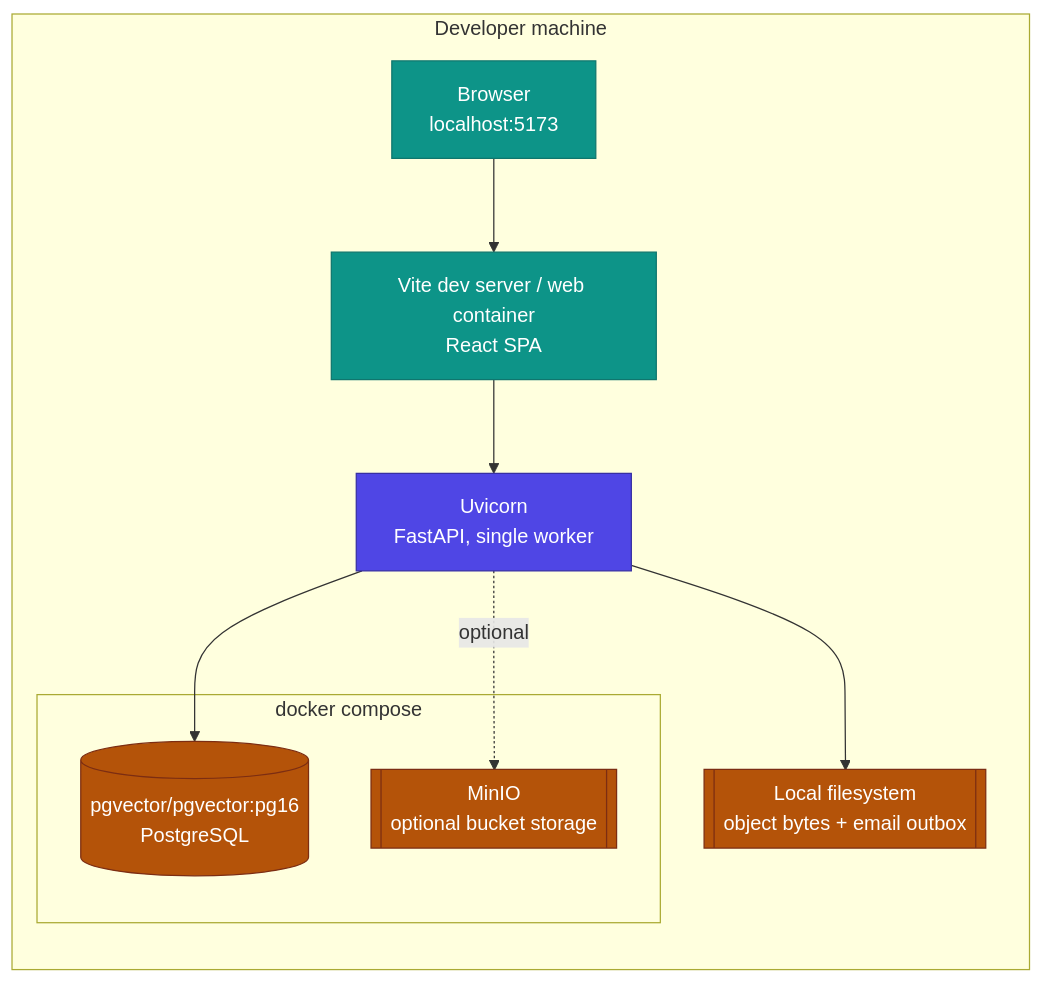
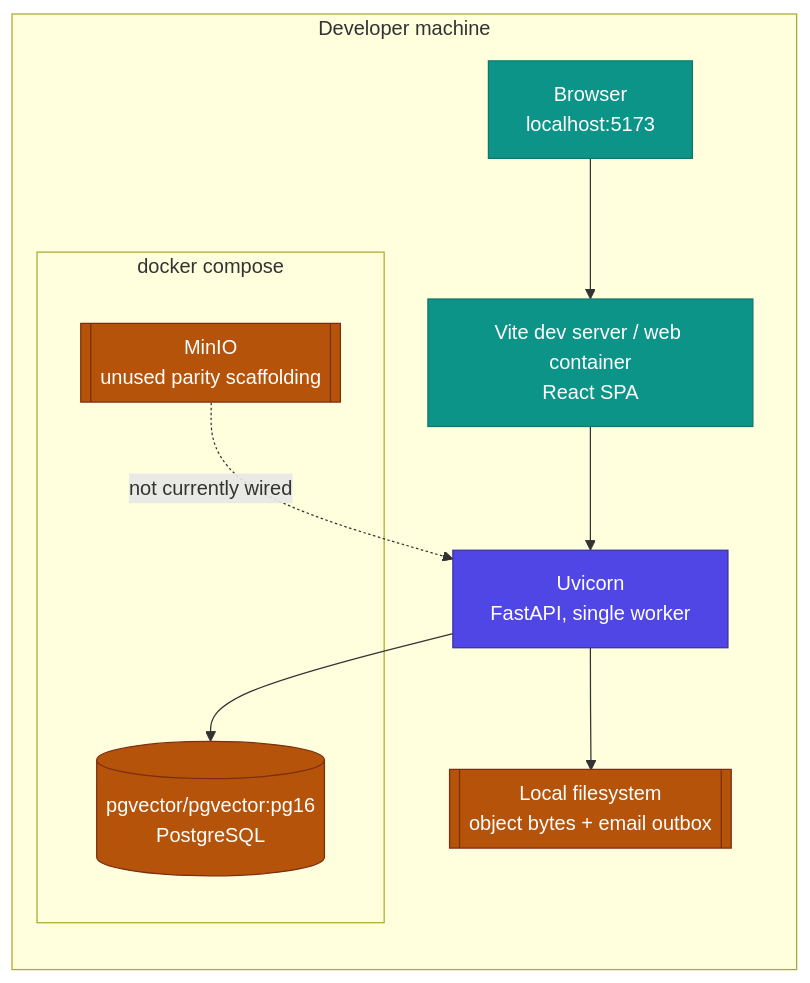
One commit to ShabalalaWATP/Coeus changed the first of 2 diagrams in docs/ARCHITECTURE_DEPLOYMENT.md. Above: the diagram before and after it, drawn with Mermaid. The commit also changed other lines of this file and 68 other files, not shown here.

````diff
--- a/docs/ARCHITECTURE_DEPLOYMENT.md
+++ b/docs/ARCHITECTURE_DEPLOYMENT.md
@@ -19,26 +20,26 @@
 ```mermaid
 flowchart TB
     subgraph dev["Developer machine"]
         direction TB
         BROWSER["Browser<br/>localhost:5173"]
         VITE["Vite dev server / web container<br/>React SPA"]
         UVICORN["Uvicorn<br/>FastAPI, single worker"]
         subgraph compose["docker compose"]
             PG[("pgvector/pgvector:pg16<br/>PostgreSQL")]
-            MINIO[["MinIO<br/>optional bucket storage"]]
+            MINIO[["MinIO<br/>unused parity scaffolding"]]
         end
         FS[["Local filesystem<br/>object bytes + email outbox"]]
     end
 
     BROWSER --> VITE --> UVICORN
     UVICORN --> PG
     UVICORN --> FS
-    UVICORN -.optional.-> MINIO
+    MINIO -.not currently wired.-> UVICORN
 
     classDef fe fill:#0d9488,stroke:#0f766e,color:#fff,stroke-width:1px
     classDef be fill:#4f46e5,stroke:#3730a3,color:#fff,stroke-width:1px
     classDef data fill:#b45309,stroke:#7c2d12,color:#fff,stroke-width:1px
     class BROWSER,VITE fe
     class UVICORN be
     class PG,MINIO,FS data
 ```
````
